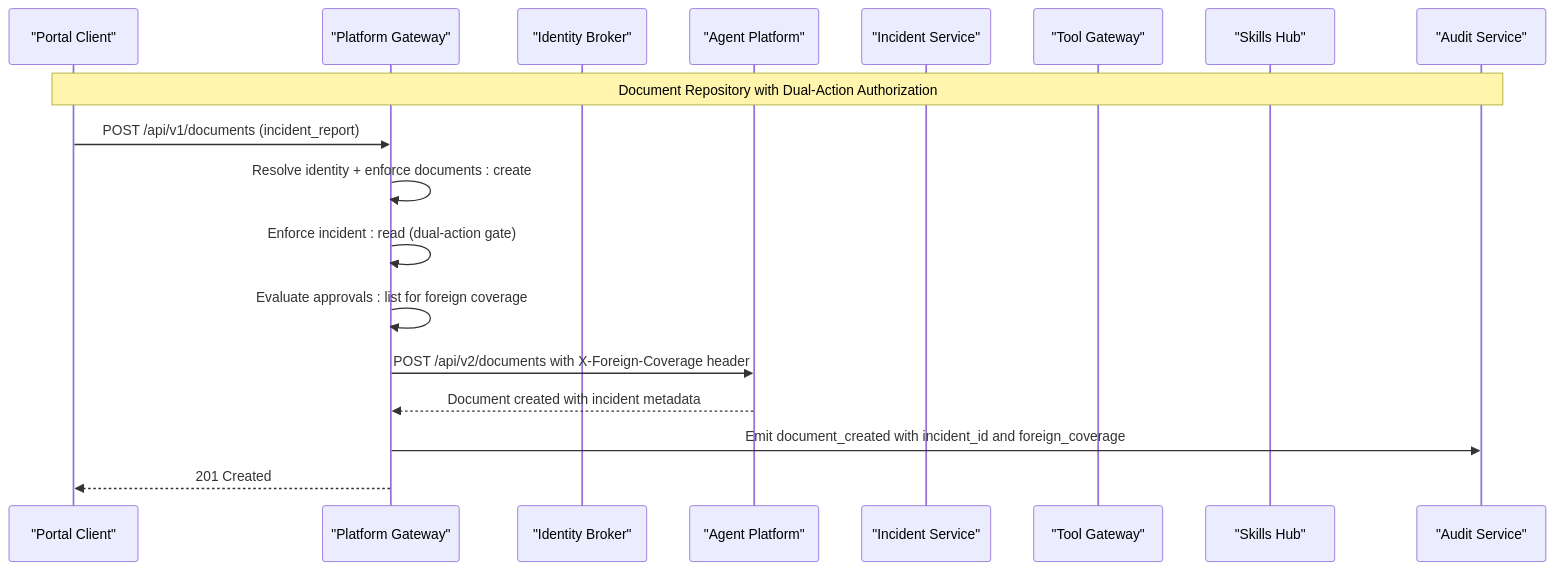
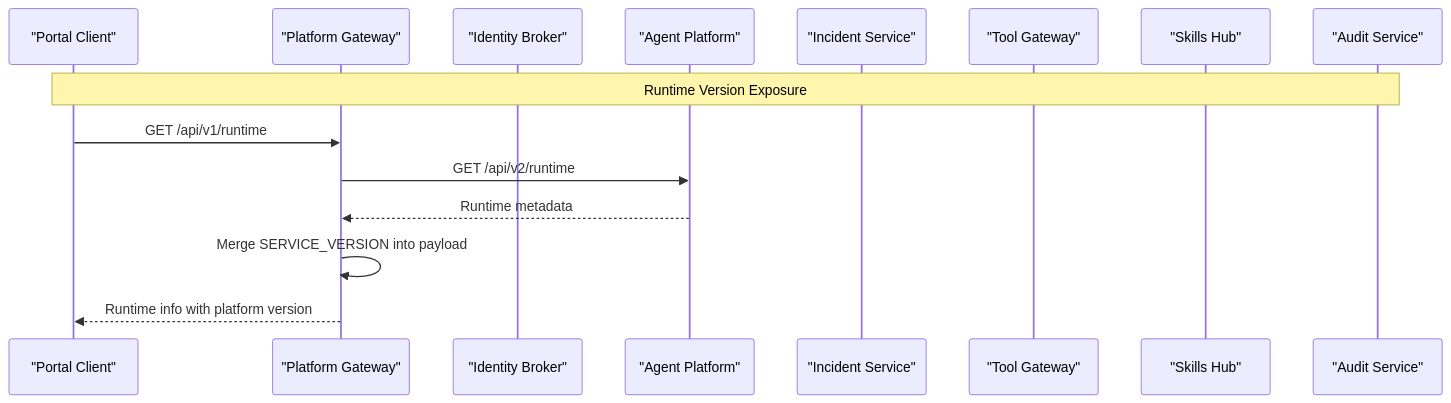
Before and after one commit to metasync/luban-aiops: the second of 16 diagrams in .qoder/repowiki/en/content/Architecture Documentation/Platform Gateway Service.md, drawn with Mermaid. The commit also changed other lines of this file and 5 other files, not shown here.

````diff
--- a/.qoder/repowiki/en/content/Architecture Documentation/Platform Gateway Service.md
+++ b/.qoder/repowiki/en/content/Architecture Documentation/Platform Gateway Service.md
@@ -258,20 +270,17 @@
 ```mermaid
 sequenceDiagram
 participant Portal as "Portal Client"
 participant GW as "Platform Gateway"
 participant ID as "Identity Broker"
 participant AG as "Agent Platform"
 participant IS as "Incident Service"
 participant TG as "Tool Gateway"
 participant SH as "Skills Hub"
 participant AUD as "Audit Service"
-Note over Portal,AUD : Document Repository with Dual-Action Authorization
-Portal->>GW : POST /api/v1/documents (incident_report)
-GW->>GW : Resolve identity + enforce documents : create
-GW->>GW : Enforce incident : read (dual-action gate)
-GW->>GW : Evaluate approvals : list for foreign coverage
-GW->>AG : POST /api/v2/documents with X-Foreign-Coverage header
-AG-->>GW : Document created with incident metadata
-GW->>AUD : Emit document_created with incident_id and foreign_coverage
-GW-->>Portal : 201 Created
+Note over Portal,AUD : Runtime Version Exposure
+Portal->>GW : GET /api/v1/runtime
+GW->>AG : GET /api/v2/runtime
+AG-->>GW : Runtime metadata
+GW->>GW : Merge SERVICE_VERSION into payload
+GW-->>Portal : Runtime info with platform version
 ```
````
